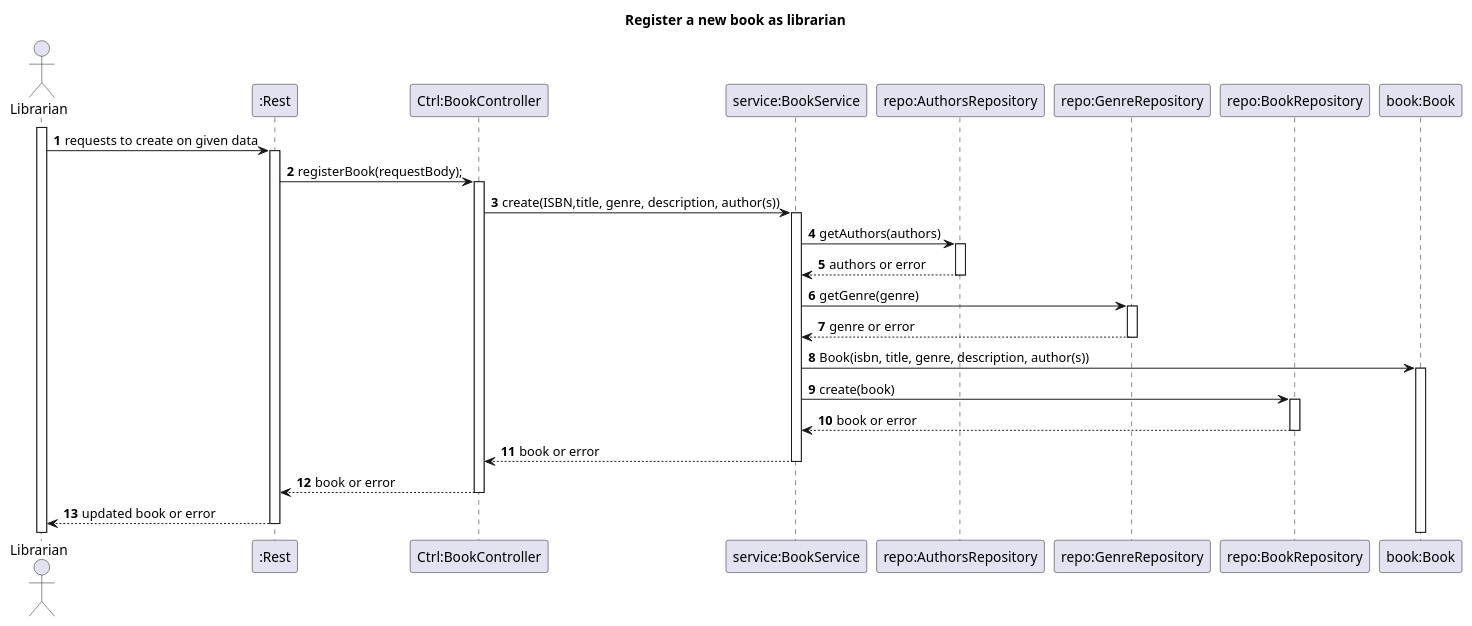
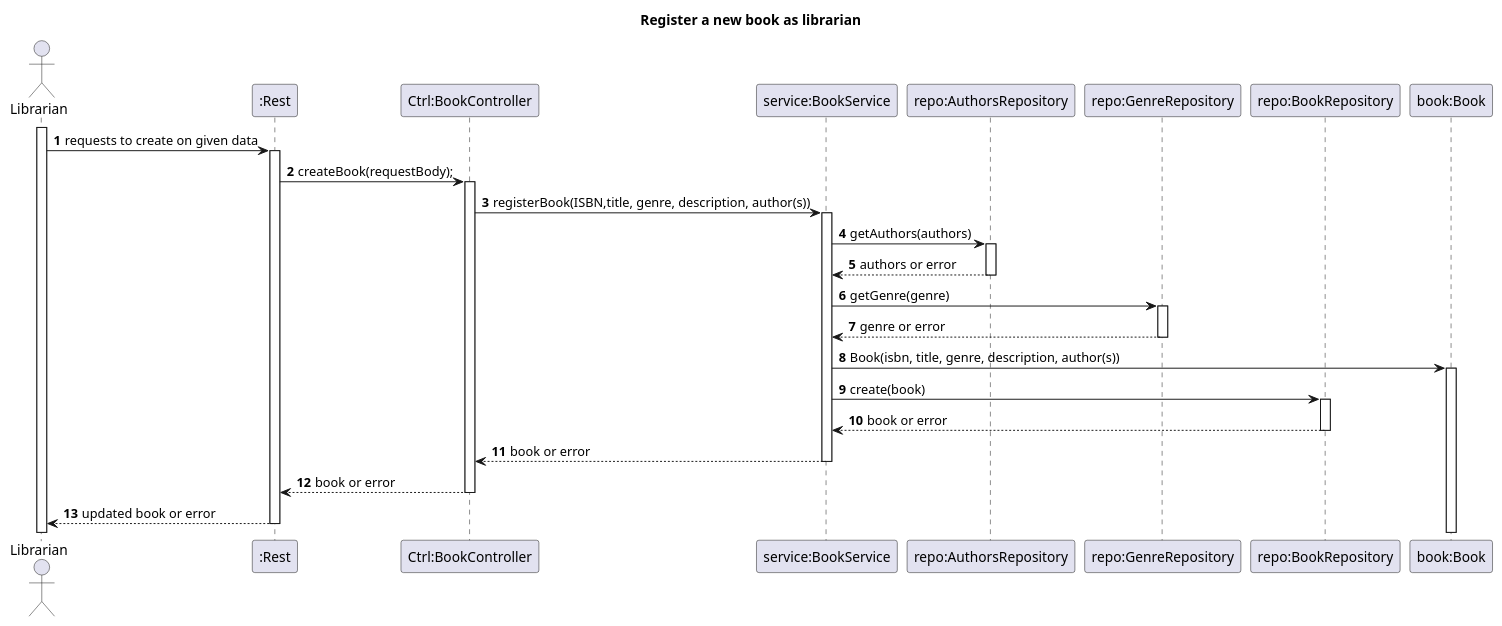
One commit to rutemf/1220944_1220772_G01 changed the diagram in Docs/Phase1/WP2A-Books/Ph1-7-RegisterBooks/Ph1-7-SD.puml. Above: the diagram before and after it, drawn with PlantUML. The commit also changed 3 other files, not shown here.

```diff
--- a/Docs/Phase1/WP2A-Books/Ph1-7-RegisterBooks/Ph1-7-SD.puml
+++ b/Docs/Phase1/WP2A-Books/Ph1-7-RegisterBooks/Ph1-7-SD.puml
@@ -1,36 +1,36 @@
 @startuml
 'https://plantuml.com/sequence-diagram
 autoactivate on
 autonumber
 
 title Register a new book as librarian
 
 actor "Librarian" as User
 participant ":Rest" as Rest
 participant "Ctrl:BookController" as Ctrl
 participant "service:BookService" as Service
 participant "repo:AuthorsRepository" as RepoAuthors
 participant "repo:GenreRepository" as RepoGenre
 participant "repo:BookRepository" as Repo
 participant "book:Book" as Book
 
 
 activate User
 
 User -> Rest: requests to create on given data
 
-Rest -> Ctrl: registerBook(requestBody);
+Rest -> Ctrl: createBook(requestBody);
 
-Ctrl -> Service: create(ISBN,title, genre, description, author(s))
+Ctrl -> Service: registerBook(ISBN,title, genre, description, author(s))
 Service -> RepoAuthors: getAuthors(authors)
 RepoAuthors --> Service: authors or error
 Service -> RepoGenre: getGenre(genre)
 RepoGenre --> Service: genre or error
 Service -> Book: Book(isbn, title, genre, description, author(s))
 Service -> Repo: create(book)
 Repo --> Service: book or error
 Service --> Ctrl: book or error
 Ctrl --> Rest: book or error
 Rest --> User: updated book or error
 
 @enduml
```
